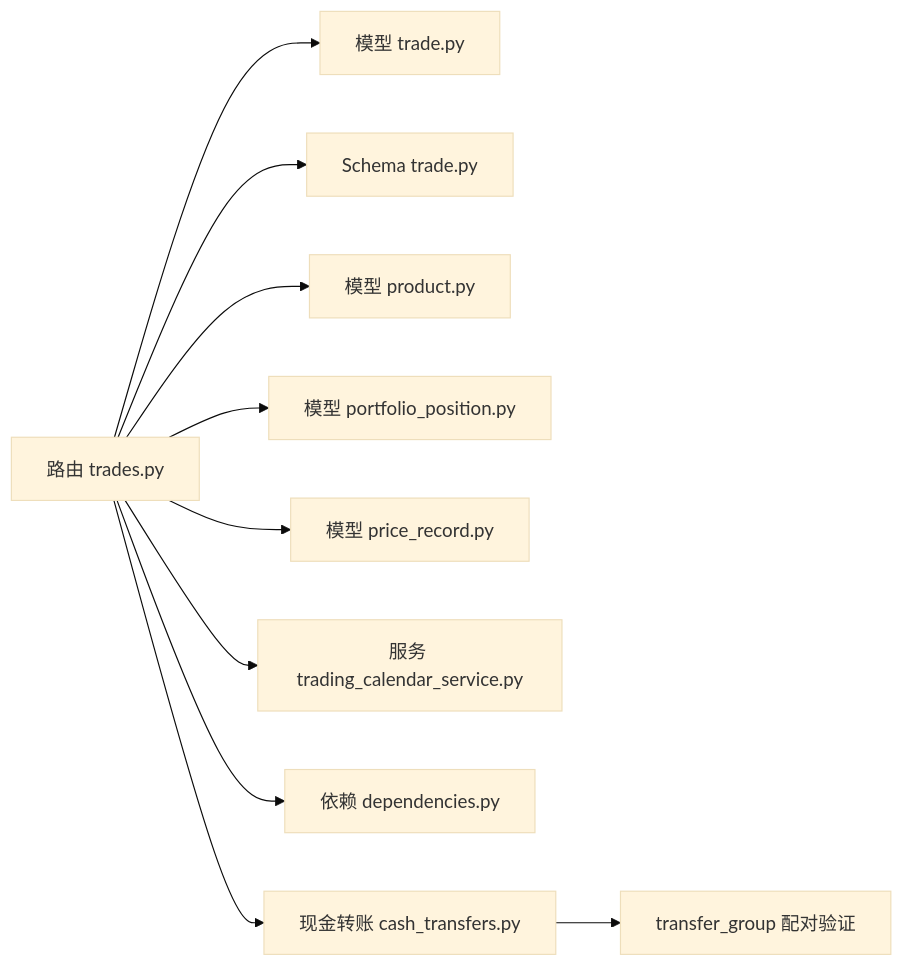
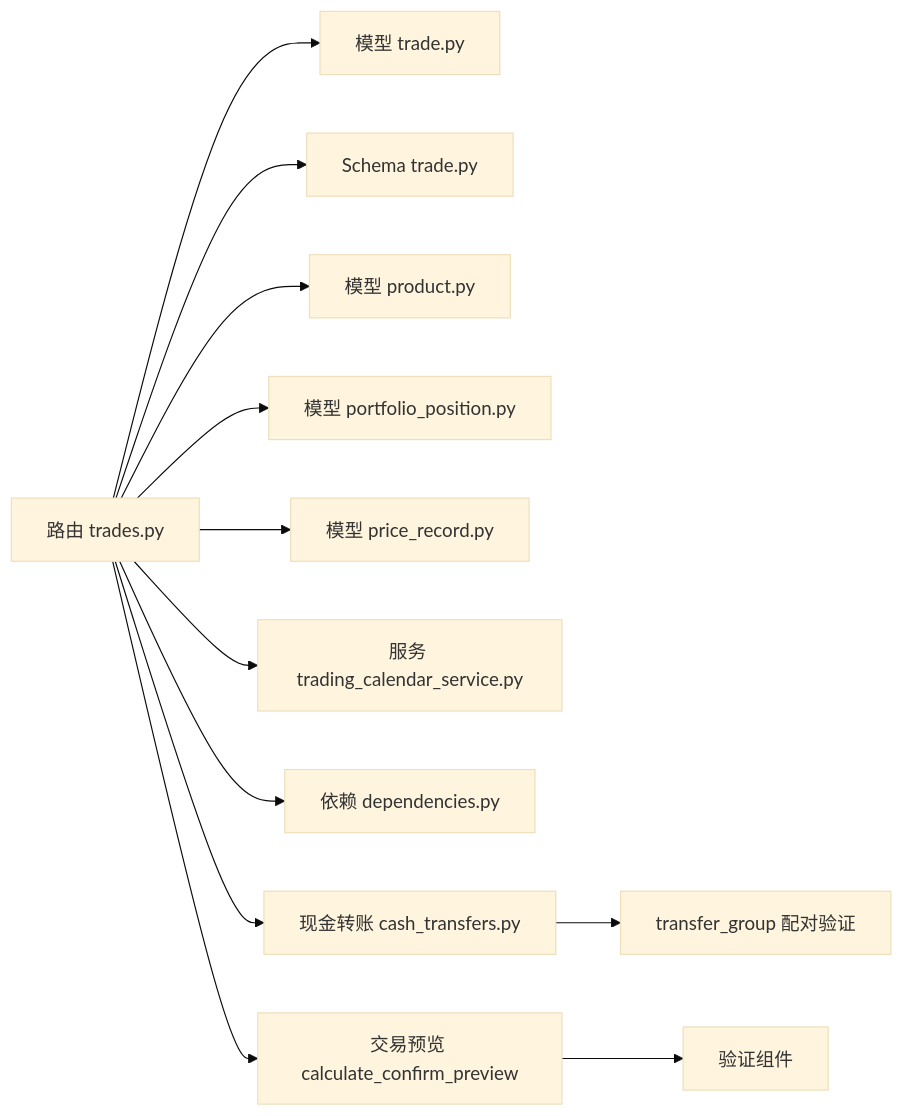
One commit to gujialind/InvestRing changed the sixth of 6 diagrams in .qoder/repowiki/zh/content/后端API文档/交易管理API.md. Above: the diagram before and after it, drawn with Mermaid (base theme). The commit also changed other lines of this file and 19 other files, not shown here.

````diff
--- a/.qoder/repowiki/zh/content/后端API文档/交易管理API.md
+++ b/.qoder/repowiki/zh/content/后端API文档/交易管理API.md
@@ -368,12 +436,14 @@
 ```mermaid
 graph LR
 R["路由 trades.py"] --> M["模型 trade.py"]
 R --> S["Schema trade.py"]
 R --> P["模型 product.py"]
 R --> PP["模型 portfolio_position.py"]
 R --> PR["模型 price_record.py"]
 R --> SC["服务 trading_calendar_service.py"]
 R --> D["依赖 dependencies.py"]
 R --> CT["现金转账 cash_transfers.py"]
+R --> TP["交易预览 calculate_confirm_preview"]
 CT --> TG["transfer_group 配对验证"]
+TP --> VC["验证组件"]
 ```
````
